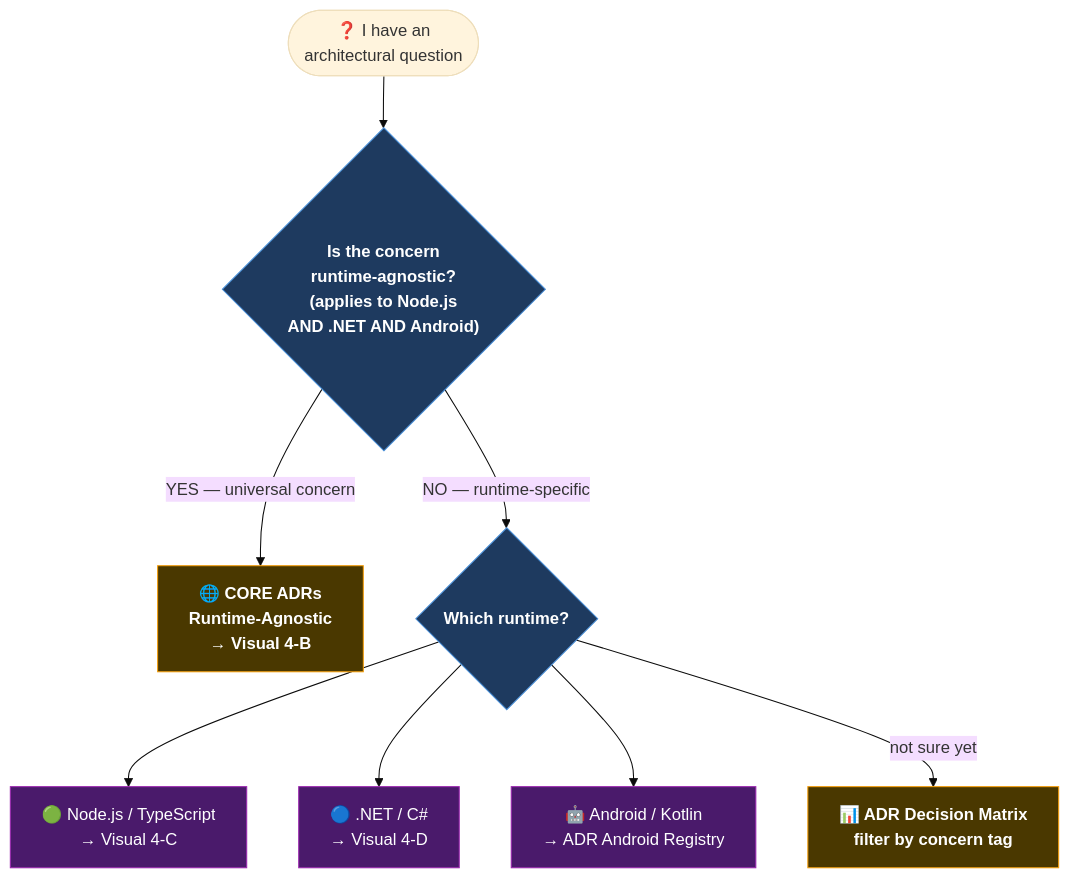
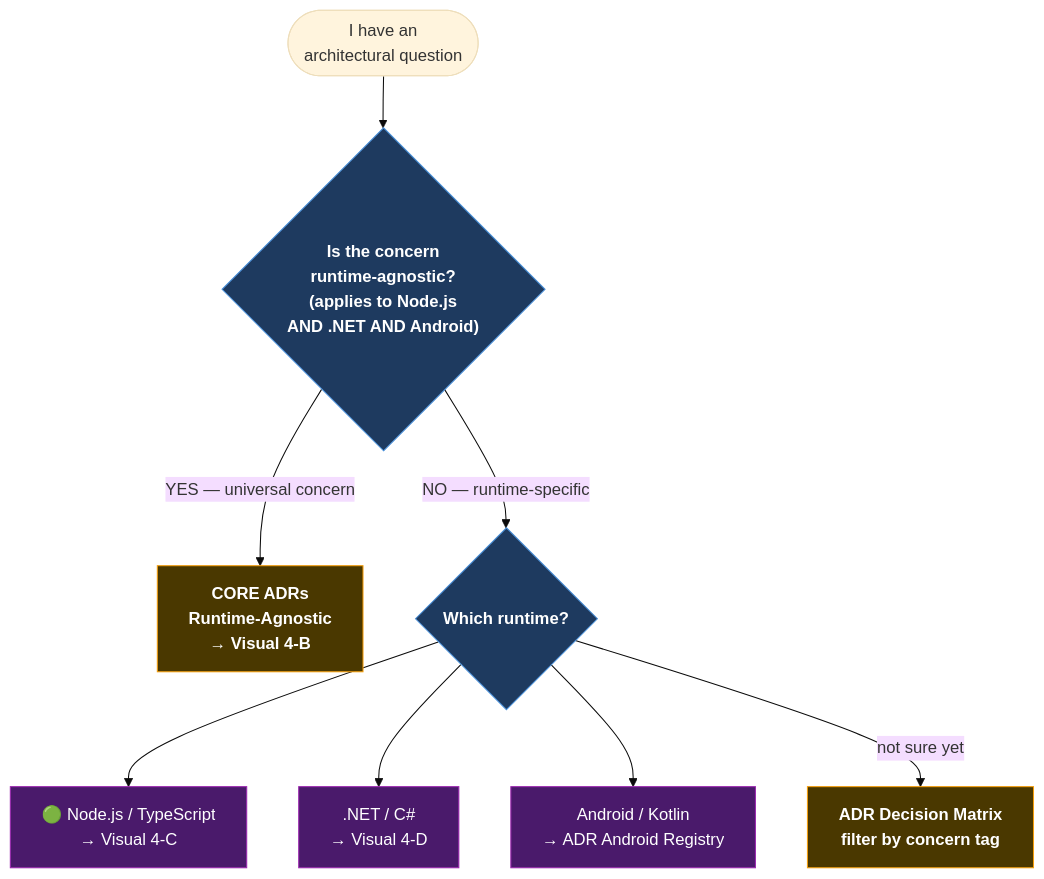
One commit to beyondnetcode/evolith_arch32 changed the first of 4 diagrams in reference/governance/standards/communication/visuals/v04-adr-decision-tree.md. Above: the diagram before and after it, drawn with Mermaid (base theme). The commit also changed other lines of this file and 41 other files, not shown here.

````diff
--- a/reference/governance/standards/communication/visuals/v04-adr-decision-tree.md
+++ b/reference/governance/standards/communication/visuals/v04-adr-decision-tree.md
@@ -17,21 +17,21 @@
 ```mermaid
 flowchart TD
     classDef question fill:#1e3a5f,stroke:#4a90d9,color:#fff,font-weight:bold
     classDef adr fill:#14532d,stroke:#22c55e,color:#fff
     classDef category fill:#4a3800,stroke:#f59e0b,color:#fff,font-weight:bold
     classDef runtime fill:#4a1a6b,stroke:#9c27b0,color:#fff
 
-    START(["❓ I have an\narchitectural question"])
+    START([" I have an\narchitectural question"])
 
     Q1{"Is the concern\nruntime-agnostic?\n(applies to Node.js\nAND .NET AND Android)"}:::question
 
     START --> Q1
 
-    Q1 -->|YES — universal concern| CORE["🌐 CORE ADRs\nRuntime-Agnostic\n→ Visual 4-B"]:::category
+    Q1 -->|YES — universal concern| CORE[" CORE ADRs\nRuntime-Agnostic\n→ Visual 4-B"]:::category
     Q1 -->|NO — runtime-specific| RT{"Which runtime?"}:::question
 
     RT --> NODE["🟢 Node.js / TypeScript\n→ Visual 4-C"]:::runtime
-    RT --> DOTNET["🔵 .NET / C#\n→ Visual 4-D"]:::runtime
-    RT --> ANDROID["🤖 Android / Kotlin\n→ ADR Android Registry"]:::runtime
-    RT -->|"not sure yet"| MATRIX["📊 ADR Decision Matrix\nfilter by concern tag"]:::category
+    RT --> DOTNET[" .NET / C#\n→ Visual 4-D"]:::runtime
+    RT --> ANDROID[" Android / Kotlin\n→ ADR Android Registry"]:::runtime
+    RT -->|"not sure yet"| MATRIX[" ADR Decision Matrix\nfilter by concern tag"]:::category
 ```
````
